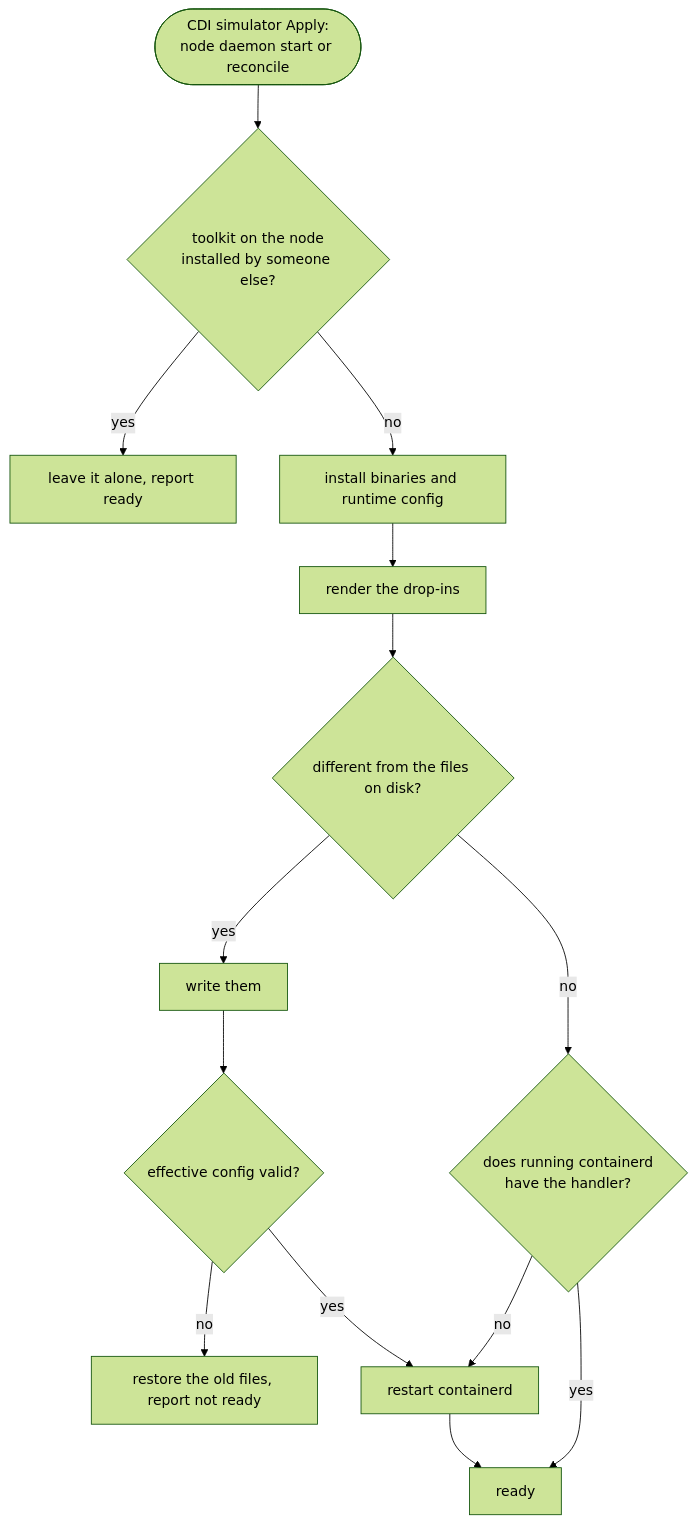
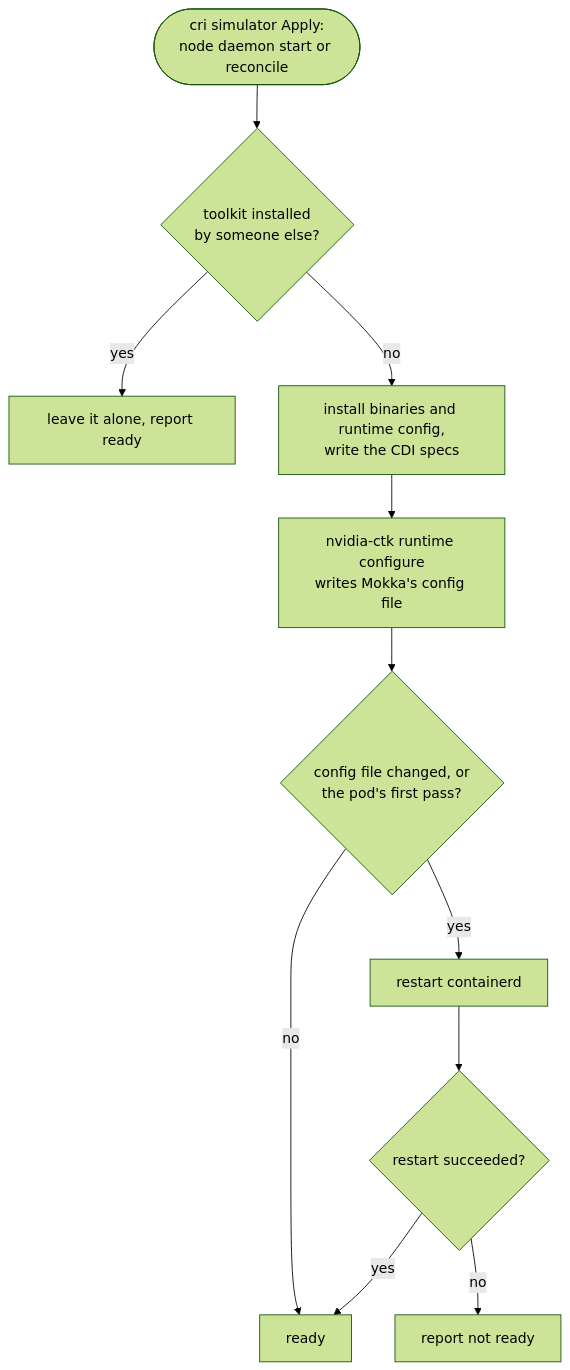
Before and after one commit to NVIDIA/k8s-test-infra: the sixth of 7 diagrams in enhancements/meps/0006-automatic-cdi-setup/README.md, drawn with Mermaid (forest theme). The commit also changed other lines of this file and 89 other files, not shown here.

Commit message:
#881: Configure containerd right from Mokka CRI simulator

````diff
--- a/enhancements/meps/0006-automatic-cdi-setup/README.md
+++ b/enhancements/meps/0006-automatic-cdi-setup/README.md
@@ -579,16 +625,13 @@
 ```mermaid
 flowchart TD
-  apply(["CDI simulator Apply:<br/>node daemon start or reconcile"]) --> owned{toolkit on the node<br/>installed by someone else?}
+  apply(["cri simulator Apply:<br/>node daemon start or reconcile"]) --> owned{toolkit installed<br/>by someone else?}
   owned -- yes --> handsoff[leave it alone, report ready]
-  owned -- no --> install[install binaries and runtime config]
-  install --> stage[render the drop-ins]
-  stage --> changed{different from the files on disk?}
-  changed -- yes --> write[write them]
-  write --> check{effective config valid?}
-  check -- no --> restore[restore the old files, report not ready]
-  check -- yes --> restart[restart containerd]
-  changed -- no --> live{does running containerd<br/>have the handler?}
-  live -- no --> restart
-  live -- yes --> ready[ready]
-  restart --> ready
+  owned -- no --> install[install binaries and runtime config,<br/>write the CDI specs]
+  install --> configure[nvidia-ctk runtime configure<br/>writes Mokka's config file]
+  configure --> live{config file changed, or<br/>the pod's first pass?}
+  live -- no --> ready[ready]
+  live -- yes --> restart[restart containerd]
+  restart --> back{restart succeeded?}
+  back -- yes --> ready
+  back -- no --> failed[report not ready]
 ```
````
